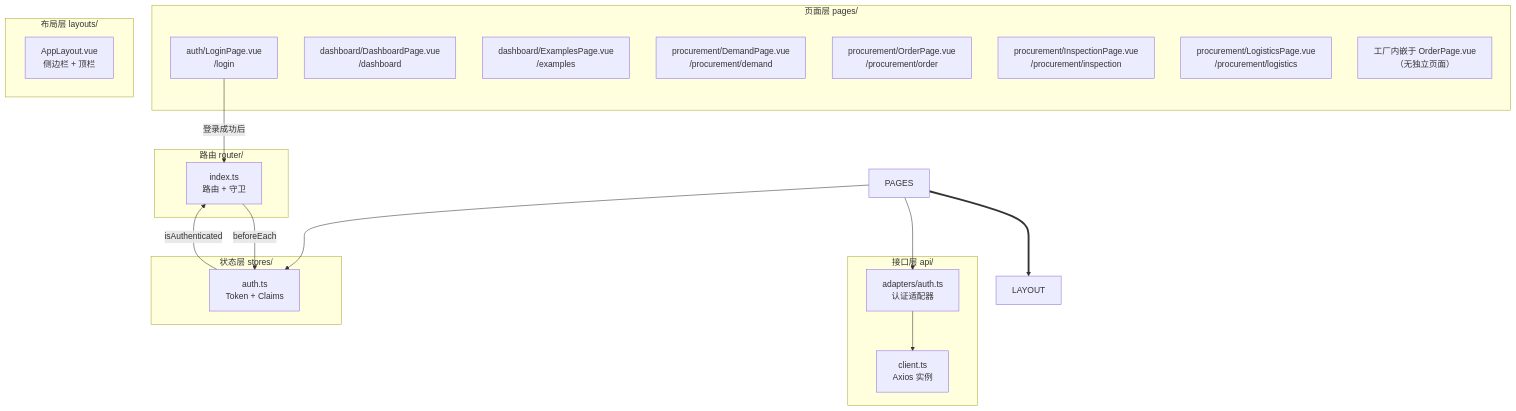
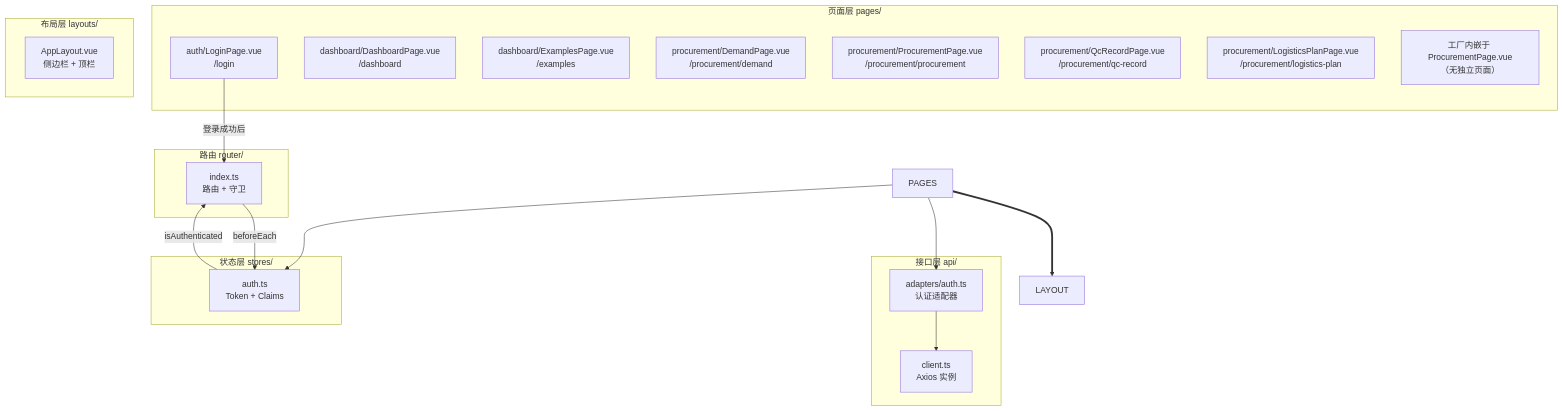
One commit to jieraltjp/ManpouChinaSystem changed the sixth of 6 diagrams in docs/ui/ARCHITECTURE.md. Above: the diagram before and after it, drawn with Mermaid. The commit also changed 33 other files, not shown here.

````diff
--- a/docs/ui/ARCHITECTURE.md
+++ b/docs/ui/ARCHITECTURE.md
@@ -207,38 +207,38 @@
 ```mermaid
 graph TB
     subgraph Pages["页面层 pages/"]
         LOGIN["auth/LoginPage.vue\n/login"]
         DASH["dashboard/DashboardPage.vue\n/dashboard"]
         EXAMPLES["dashboard/ExamplesPage.vue\n/examples"]
         DEMAND["procurement/DemandPage.vue\n/procurement/demand"]
-        ORDER["procurement/OrderPage.vue\n/procurement/order"]
-        INSPECTION["procurement/InspectionPage.vue\n/procurement/inspection"]
-        LOGISTICS["procurement/LogisticsPage.vue\n/procurement/logistics"]
-        FACTORY["工厂内嵌于 OrderPage.vue\n（无独立页面）"]
+        ORDER["procurement/ProcurementPage.vue\n/procurement/procurement"]
+        INSPECTION["procurement/QcRecordPage.vue\n/procurement/qc-record"]
+        LOGISTICS["procurement/LogisticsPlanPage.vue\n/procurement/logistics-plan"]
+        FACTORY["工厂内嵌于 ProcurementPage.vue\n（无独立页面）"]
     end
 
     subgraph Layout["布局层 layouts/"]
         APP["AppLayout.vue\n侧边栏 + 顶栏"]
     end
 
     subgraph Stores["状态层 stores/"]
         AUTH["auth.ts\nToken + Claims"]
     end
 
     subgraph API["接口层 api/"]
         CLIENT["client.ts\nAxios 实例"]
         ADAPTER["adapters/auth.ts\n认证适配器"]
     end
 
     subgraph Router["路由 router/"]
         ROUTES["index.ts\n路由 + 守卫"]
     end
 
     PAGES ==> LAYOUT
     LOGIN -->|"登录成功后"| ROUTES
     ROUTES -->|"beforeEach"| AUTH
     AUTH -->|"isAuthenticated"| ROUTES
     ADAPTER --> CLIENT
     PAGES --> ADAPTER
     PAGES --> AUTH
 ```
````
